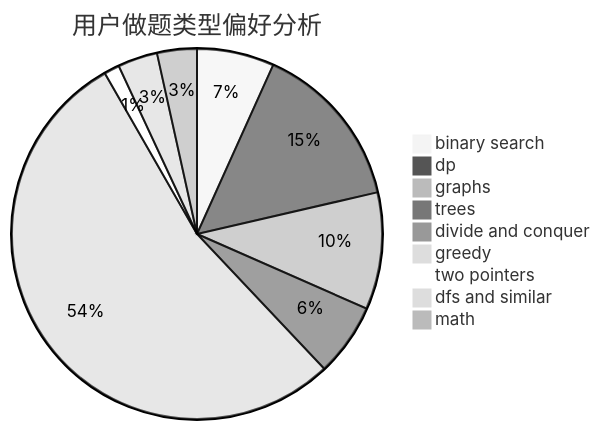
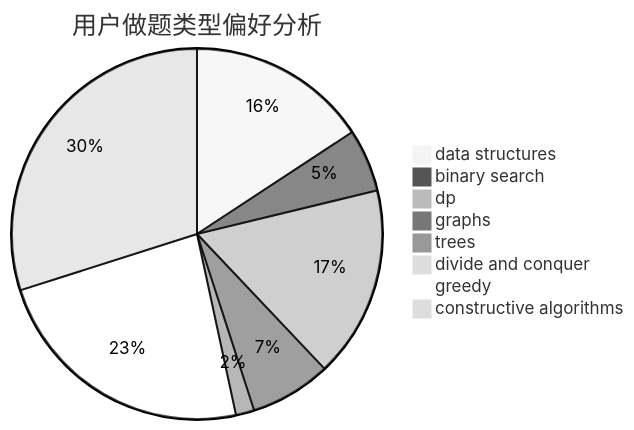
The second of 3 diagrams in docs/user/u1620.md (sherpahu/cfrs.github.io), drawn with Mermaid (neutral theme) before and after one commit. The commit also changed other lines of this file and 2775 other files, not shown here.

````diff
--- a/docs/user/u1620.md
+++ b/docs/user/u1620.md
@@ -23,12 +23,11 @@
 ```mermaid
 pie title 用户做题类型偏好分析
-    "binary search" :  35
-    "dp" :  76
-    "graphs" :  53
-    "trees" :  33
-    "divide and conquer" :  2
-    "greedy" :  279
-    "two pointers" :  7
-    "dfs and similar" :  18
-    "math" :  18
+    "data structures" :  49
+    "binary search" :  17
+    "dp" :  52
+    "graphs" :  22
+    "trees" :  5
+    "divide and conquer" :  0
+    "greedy" :  73
+    "constructive algorithms" :  93
 ```
````
